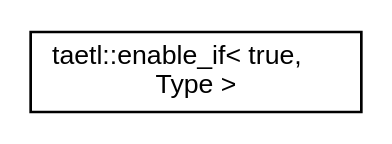
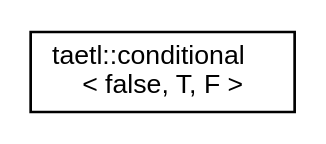
One commit to tobanteAudio/taetl changed the diagram in inherit_graph_2.dot. Above: the diagram before and after it, drawn with Graphviz. The commit also changed 72 other files, not shown here.

```diff
--- a/inherit_graph_2.dot
+++ b/inherit_graph_2.dot
@@ -1,7 +1,7 @@
 digraph "Graphical Class Hierarchy"
 {
   edge [fontname="Helvetica",fontsize="10",labelfontname="Helvetica",labelfontsize="10"];
   node [fontname="Helvetica",fontsize="10",shape=record];
   rankdir="LR";
-  Node0 [label="taetl::enable_if\< true,\l Type \>",height=0.2,width=0.4,color="black", fillcolor="white", style="filled",URL="$structtaetl_1_1enable__if_3_01true_00_01Type_01_4.html"];
+  Node0 [label="taetl::conditional\l\< false, T, F \>",height=0.2,width=0.4,color="black", fillcolor="white", style="filled",URL="$structtaetl_1_1conditional_3_01false_00_01T_00_01F_01_4.html"];
 }
```
